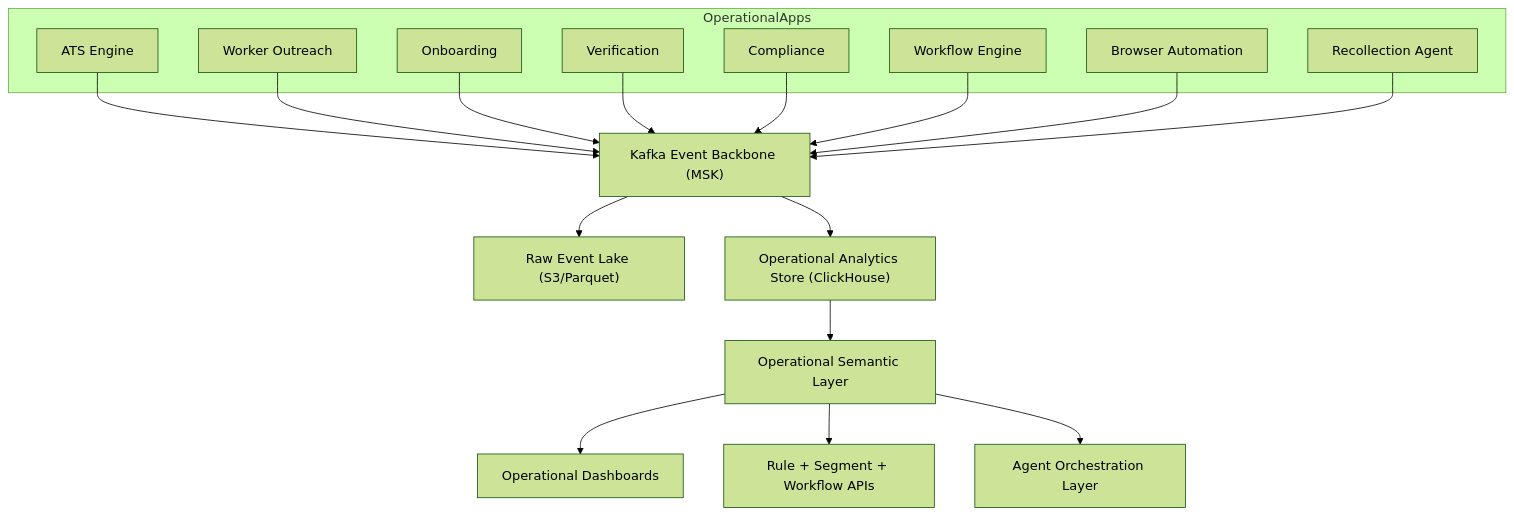
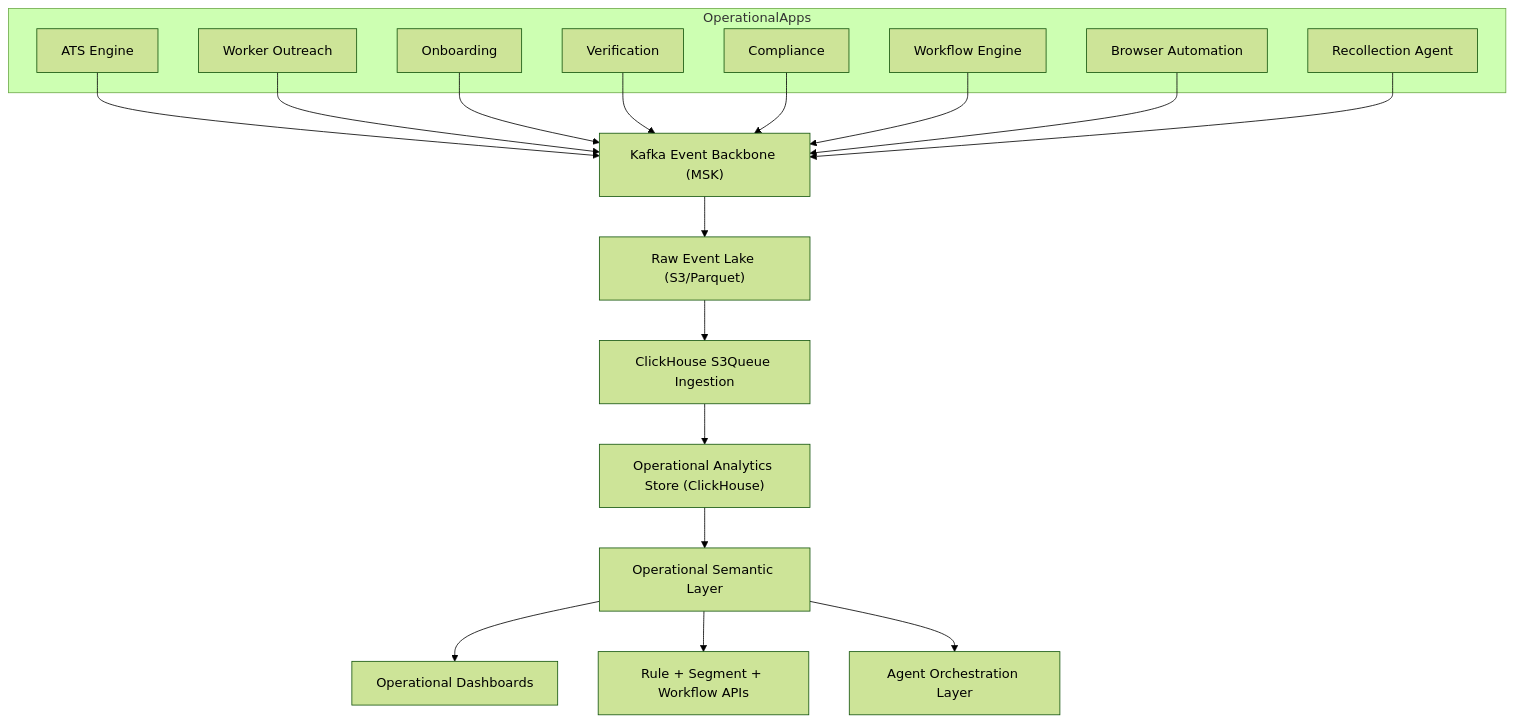
Before and after one commit to harshavardhan-99/-SQL-Engine-: the diagram in docs/operational-intelligence-platform-architecture.md, drawn with Mermaid (forest theme). The commit also changed other lines of this file and 6 other files, not shown here.

Commit message:
Update architecture docs for S3Queue consistency-first ingestion

````diff
--- a/docs/operational-intelligence-platform-architecture.md
+++ b/docs/operational-intelligence-platform-architecture.md
@@ -57,30 +57,31 @@
 ```mermaid
 flowchart TB
     subgraph OperationalApps
         ATS["ATS Engine"]
         Outreach["Worker Outreach"]
         Onboarding["Onboarding"]
         Verification["Verification"]
         Compliance["Compliance"]
         Workflow["Workflow Engine"]
         Browser["Browser Automation"]
         Recollection["Recollection Agent"]
     end
 
     ATS --> EventBus
     Outreach --> EventBus
     Onboarding --> EventBus
     Verification --> EventBus
     Compliance --> EventBus
     Workflow --> EventBus
     Browser --> EventBus
     Recollection --> EventBus
 
     EventBus["Kafka Event Backbone (MSK)"] --> S3["Raw Event Lake (S3/Parquet)"]
-    EventBus --> CH["Operational Analytics Store (ClickHouse)"]
+    S3 --> S3Q["ClickHouse S3Queue Ingestion"]
+    S3Q --> CH["Operational Analytics Store (ClickHouse)"]
 
     CH --> Semantic["Operational Semantic Layer"]
     Semantic --> Dashboards["Operational Dashboards"]
     Semantic --> RuleSegment["Rule + Segment + Workflow APIs"]
     Semantic --> Agents["Agent Orchestration Layer"]
 ```
````
